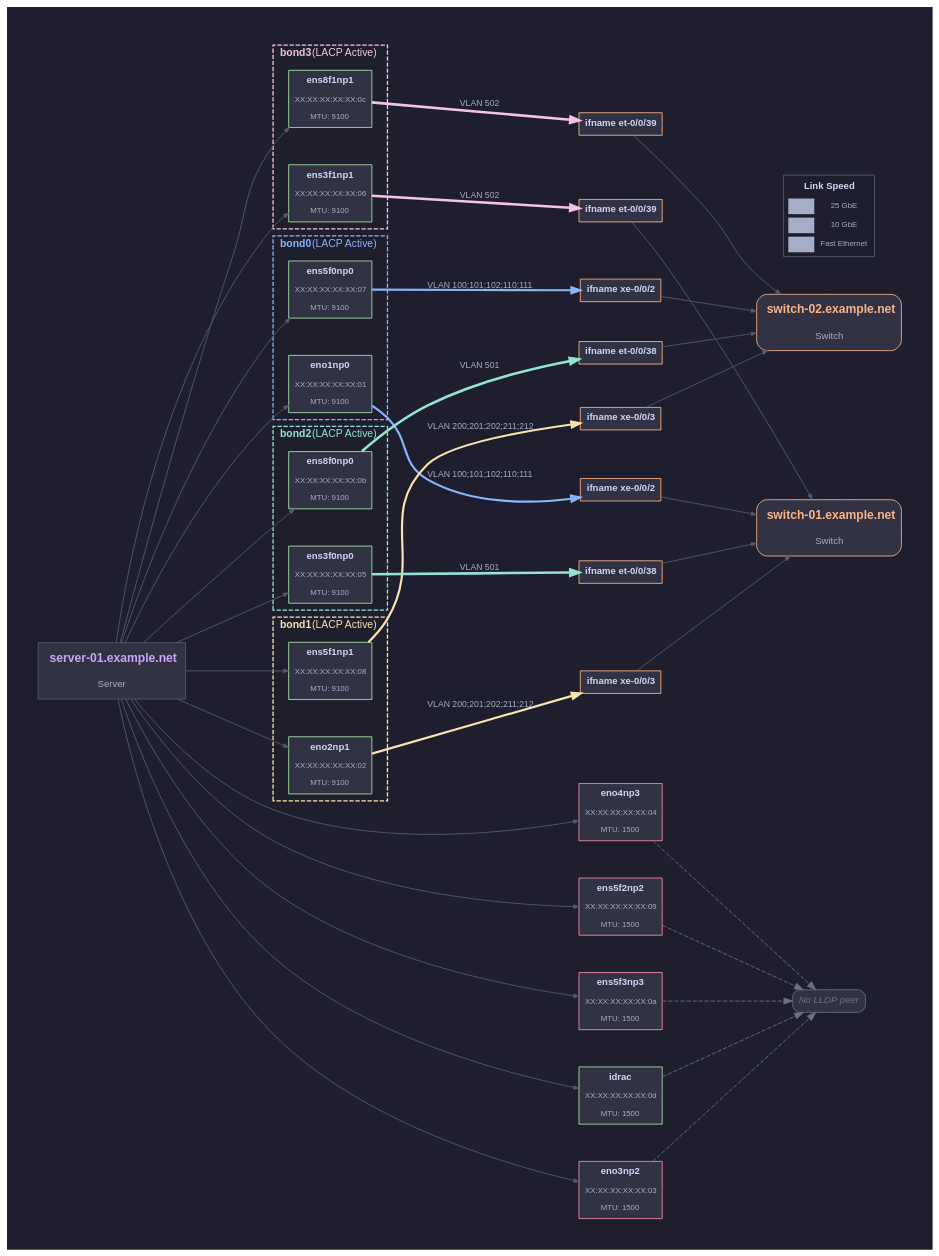
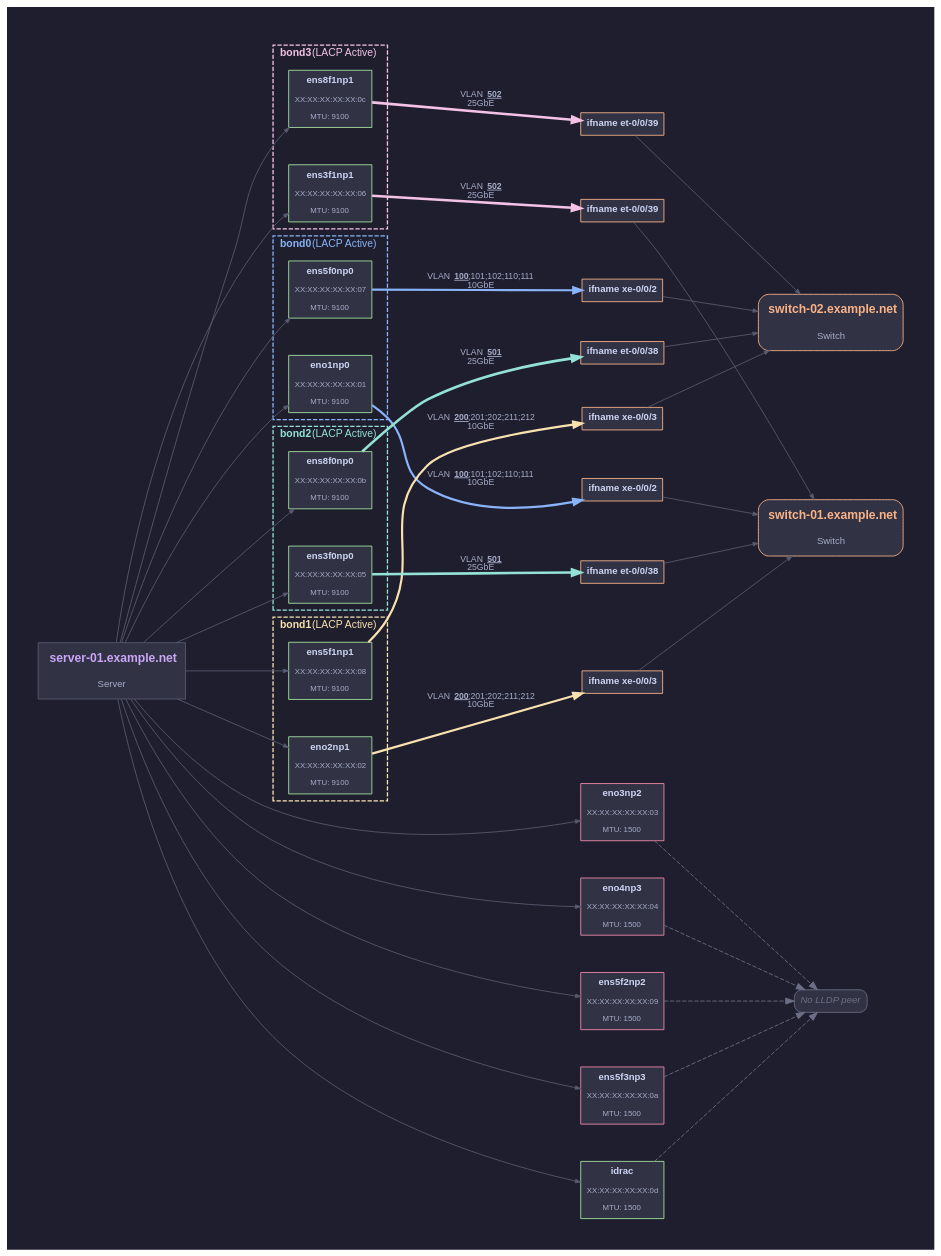
One commit to ciroiriarte/nic-xray changed the diagram in samples/topology.dot. Above: the diagram before and after it, drawn with Graphviz. The commit also changed 5 other files, not shown here.

First line of the commit message:
Rework DOT edge labels: centered VLAN+speed, PVID markup, remove legend

```diff
--- a/samples/topology.dot
+++ b/samples/topology.dot
@@ -234,18 +234,18 @@
     server -> ens8f1np1 [color="#585b70", penwidth=1.0, arrowsize=0.6];
     server -> idrac [color="#585b70", penwidth=1.0, arrowsize=0.6];
 
-    eno1np0 -> swport_dev_collapsed_ipf01cly_lf01_ifname_xe_0_0_2 [label=<VLAN 100;101;102;110;111>, penwidth=2.5, color="#89b4fa", fontcolor="#a6adc8"];
-    eno2np1 -> swport_dev_collapsed_ipf01cly_lf01_ifname_xe_0_0_3 [label=<VLAN 200;201;202;211;212>, penwidth=2.5, color="#f9e2af", fontcolor="#a6adc8"];
+    eno1np0 -> swport_dev_collapsed_ipf01cly_lf01_ifname_xe_0_0_2 [label=<VLAN <B><U>100</U></B>;101;102;110;111<BR/>10GbE>, penwidth=2.5, color="#89b4fa", fontcolor="#a6adc8"];
+    eno2np1 -> swport_dev_collapsed_ipf01cly_lf01_ifname_xe_0_0_3 [label=<VLAN <B><U>200</U></B>;201;202;211;212<BR/>10GbE>, penwidth=2.5, color="#f9e2af", fontcolor="#a6adc8"];
     eno3np2 -> no_lldp_peer [style=dashed, color="#6c7086", fontcolor="#6c7086", penwidth=1.0];
     eno4np3 -> no_lldp_peer [style=dashed, color="#6c7086", fontcolor="#6c7086", penwidth=1.0];
-    ens3f0np0 -> swport_dev_collapsed_ipf01cly_lf01_ifname_et_0_0_38 [label=<VLAN 501>, penwidth=3.0, color="#94e2d5", fontcolor="#a6adc8"];
-    ens3f1np1 -> swport_dev_collapsed_ipf01cly_lf01_ifname_et_0_0_39 [label=<VLAN 502>, penwidth=3.0, color="#f5c2e7", fontcolor="#a6adc8"];
-    ens5f0np0 -> swport_dev_collapsed_ipf01cly_lf02_ifname_xe_0_0_2 [label=<VLAN 100;101;102;110;111>, penwidth=2.5, color="#89b4fa", fontcolor="#a6adc8"];
-    ens5f1np1 -> swport_dev_collapsed_ipf01cly_lf02_ifname_xe_0_0_3 [label=<VLAN 200;201;202;211;212>, penwidth=2.5, color="#f9e2af", fontcolor="#a6adc8"];
+    ens3f0np0 -> swport_dev_collapsed_ipf01cly_lf01_ifname_et_0_0_38 [label=<VLAN <B><U>501</U></B><BR/>25GbE>, penwidth=3.0, color="#94e2d5", fontcolor="#a6adc8"];
+    ens3f1np1 -> swport_dev_collapsed_ipf01cly_lf01_ifname_et_0_0_39 [label=<VLAN <B><U>502</U></B><BR/>25GbE>, penwidth=3.0, color="#f5c2e7", fontcolor="#a6adc8"];
+    ens5f0np0 -> swport_dev_collapsed_ipf01cly_lf02_ifname_xe_0_0_2 [label=<VLAN <B><U>100</U></B>;101;102;110;111<BR/>10GbE>, penwidth=2.5, color="#89b4fa", fontcolor="#a6adc8"];
+    ens5f1np1 -> swport_dev_collapsed_ipf01cly_lf02_ifname_xe_0_0_3 [label=<VLAN <B><U>200</U></B>;201;202;211;212<BR/>10GbE>, penwidth=2.5, color="#f9e2af", fontcolor="#a6adc8"];
     ens5f2np2 -> no_lldp_peer [style=dashed, color="#6c7086", fontcolor="#6c7086", penwidth=1.0];
     ens5f3np3 -> no_lldp_peer [style=dashed, color="#6c7086", fontcolor="#6c7086", penwidth=1.0];
-    ens8f0np0 -> swport_dev_collapsed_ipf01cly_lf02_ifname_et_0_0_38 [label=<VLAN 501>, penwidth=3.0, color="#94e2d5", fontcolor="#a6adc8"];
-    ens8f1np1 -> swport_dev_collapsed_ipf01cly_lf02_ifname_et_0_0_39 [label=<VLAN 502>, penwidth=3.0, color="#f5c2e7", fontcolor="#a6adc8"];
+    ens8f0np0 -> swport_dev_collapsed_ipf01cly_lf02_ifname_et_0_0_38 [label=<VLAN <B><U>501</U></B><BR/>25GbE>, penwidth=3.0, color="#94e2d5", fontcolor="#a6adc8"];
+    ens8f1np1 -> swport_dev_collapsed_ipf01cly_lf02_ifname_et_0_0_39 [label=<VLAN <B><U>502</U></B><BR/>25GbE>, penwidth=3.0, color="#f5c2e7", fontcolor="#a6adc8"];
     idrac -> no_lldp_peer [style=dashed, color="#6c7086", fontcolor="#6c7086", penwidth=1.0];
     swport_dev_collapsed_ipf01cly_lf01_ifname_xe_0_0_2 -> sw_switch_01_example_net [color="#585b70", penwidth=1.0, arrowsize=0.6];
     swport_dev_collapsed_ipf01cly_lf01_ifname_xe_0_0_3 -> sw_switch_01_example_net [color="#585b70", penwidth=1.0, arrowsize=0.6];
@@ -256,18 +256,6 @@
     swport_dev_collapsed_ipf01cly_lf02_ifname_et_0_0_38 -> sw_switch_02_example_net [color="#585b70", penwidth=1.0, arrowsize=0.6];
     swport_dev_collapsed_ipf01cly_lf02_ifname_et_0_0_39 -> sw_switch_02_example_net [color="#585b70", penwidth=1.0, arrowsize=0.6];
 
-    legend [shape=plain, label=<
-        <TABLE BORDER="1" CELLBORDER="0" CELLSPACING="4" CELLPADDING="3" BGCOLOR="#1e1e2e" COLOR="#585b70">
-        <TR><TD COLSPAN="2"><FONT COLOR="#cdd6f4"><B>Link Speed</B></FONT></TD></TR>
-        <TR><TD WIDTH="30" HEIGHT="9" BGCOLOR="#a6adc8"> </TD>
-            <TD><FONT POINT-SIZE="9" COLOR="#a6adc8">25 GbE</FONT></TD></TR>
-        <TR><TD WIDTH="30" HEIGHT="8" BGCOLOR="#a6adc8"> </TD>
-            <TD><FONT POINT-SIZE="9" COLOR="#a6adc8">10 GbE</FONT></TD></TR>
-        <TR><TD WIDTH="30" HEIGHT="5" BGCOLOR="#a6adc8"> </TD>
-            <TD><FONT POINT-SIZE="9" COLOR="#a6adc8">Fast Ethernet</FONT></TD></TR>
-        </TABLE>
-    >];
-
     { rank=min; server; }
-    { rank=max; sw_switch_01_example_net; sw_switch_02_example_net; no_lldp_peer; legend; }
+    { rank=max; sw_switch_01_example_net; sw_switch_02_example_net; no_lldp_peer; }
 }
```
